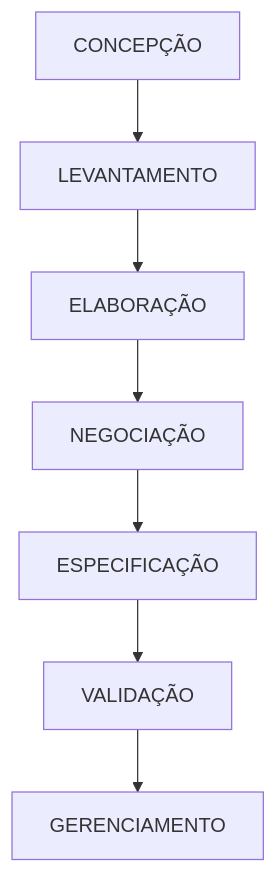
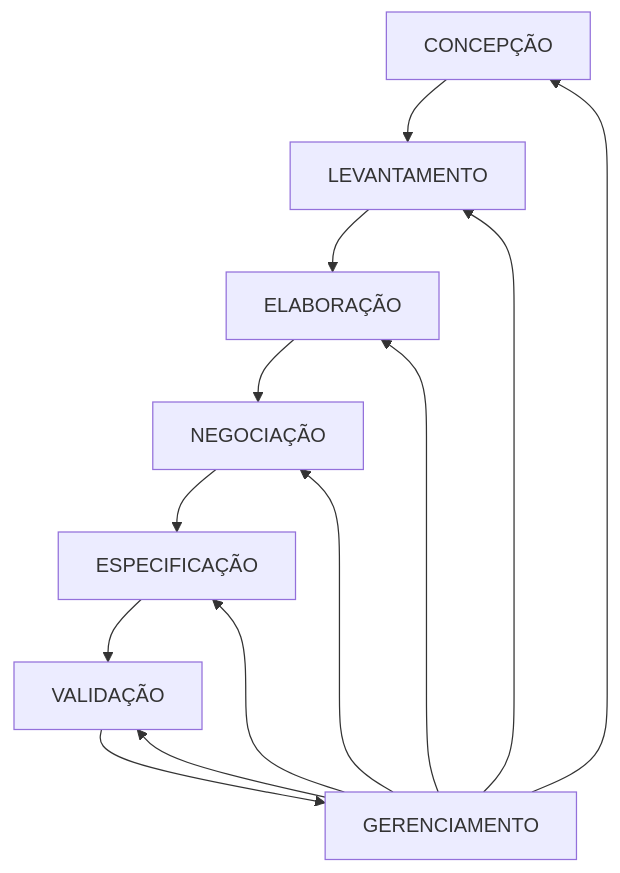
One commit to ericmds/3-Semestre changed the diagram in Engenharia e Requisitos de Software/Aula 02.04.25.md. Above: the diagram before and after it, drawn with Mermaid.

Commit message:
Update Aula 02.04.25.md

````diff
--- a/Engenharia e Requisitos de Software/Aula 02.04.25.md
+++ b/Engenharia e Requisitos de Software/Aula 02.04.25.md
@@ -2,9 +2,15 @@
   ```mermaid
   graph TD;
     CONCEPÇÃO-->LEVANTAMENTO
     LEVANTAMENTO-->ELABORAÇÃO
     ELABORAÇÃO-->NEGOCIAÇÃO
     NEGOCIAÇÃO-->ESPECIFICAÇÃO
     ESPECIFICAÇÃO-->VALIDAÇÃO
     VALIDAÇÃO-->GERENCIAMENTO
+    GERENCIAMENTO-->CONCEPÇÃO
+    GERENCIAMENTO-->LEVANTAMENTO
+    GERENCIAMENTO-->ELABORAÇÃO
+    GERENCIAMENTO-->NEGOCIAÇÃO
+    GERENCIAMENTO-->ESPECIFICAÇÃO
+    GERENCIAMENTO-->VALIDAÇÃO
   ```
````
